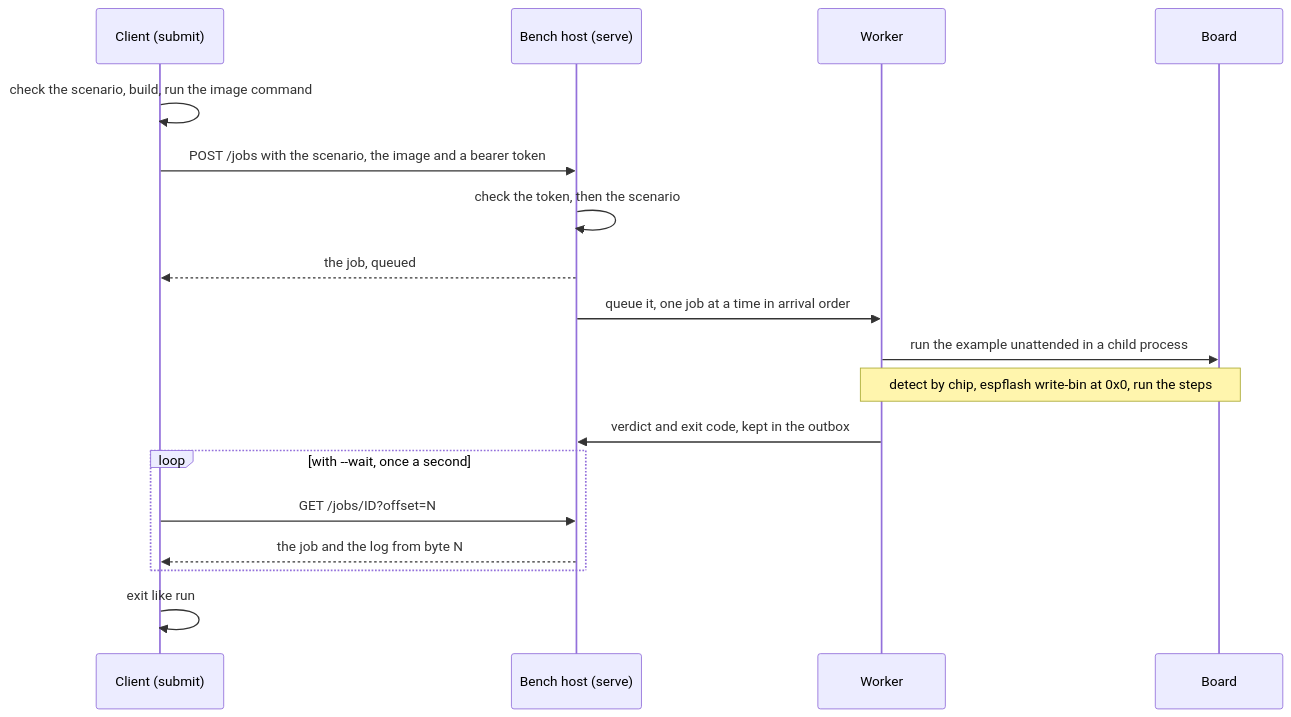
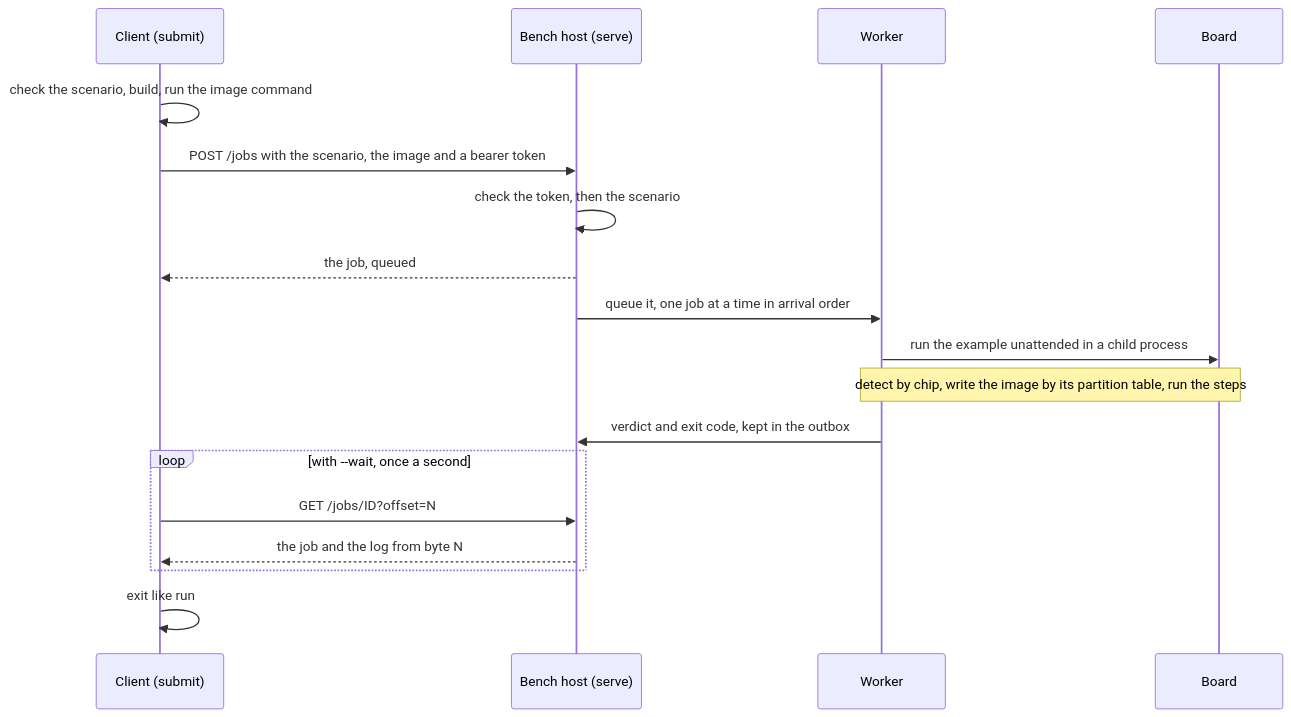
Before and after one commit to datenkollektiv/rustyfarian-bench: the third of 4 diagrams in README.md, drawn with Mermaid. The commit also changed other lines of this file and 10 other files, not shown here.

````diff
--- a/README.md
+++ b/README.md
@@ -392,20 +392,20 @@
 ```mermaid
 sequenceDiagram
     participant C as Client (submit)
     participant S as Bench host (serve)
     participant W as Worker
     participant B as Board
     C->>C: check the scenario, build, run the image command
     C->>S: POST /jobs with the scenario, the image and a bearer token
     S->>S: check the token, then the scenario
     S-->>C: the job, queued
     S->>W: queue it, one job at a time in arrival order
     W->>B: run the example unattended in a child process
-    Note over W,B: detect by chip, espflash write-bin at 0x0, run the steps
+    Note over W,B: detect by chip, write the image by its partition table, run the steps
     W->>S: verdict and exit code, kept in the outbox
     loop with --wait, once a second
         C->>S: GET /jobs/ID?offset=N
         S-->>C: the job and the log from byte N
     end
     C->>C: exit like run
 ```
````
